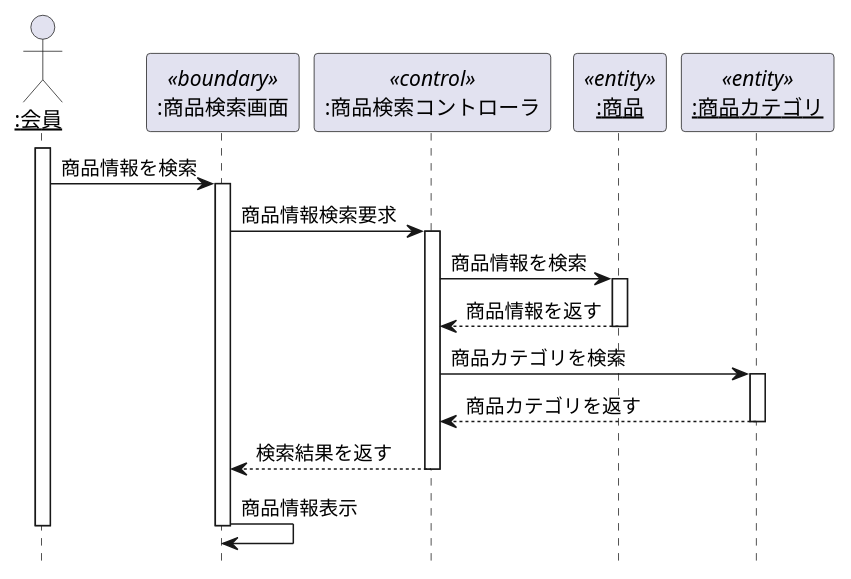
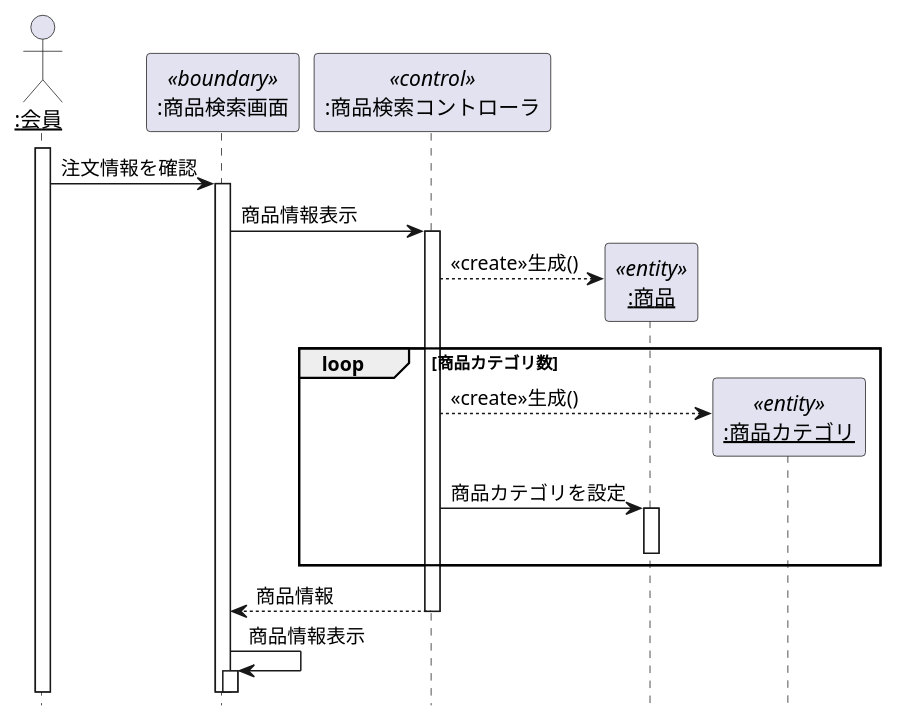
The diagram in 演習4-1/演習4-5_SD_商品情報検索.pu (hatafukuryouya/UML_introduction), drawn with PlantUML before and after one commit. The commit also changed other lines of this file, not shown here.

```diff
--- a/演習4-1/演習4-5_SD_商品情報検索.pu
+++ b/演習4-1/演習4-5_SD_商品情報検索.pu
@@ -1,27 +1,24 @@
 @startuml 商品検索
 hide footbox
 Actor "<u>:会員</u>" as me
 participant ":商品検索画面" as se <<boundary>>
 participant ":商品検索コントローラ" as co  <<control>>
-participant "<u>:商品</u>" as go <<entity>>
-participant "<u>:商品カテゴリ</u>" as ca <<entity>>
-
 activate me
-    me -> se: 商品情報を検索
+    me -> se:注文情報を確認
     activate se
-        se -> co: 商品情報検索要求
+        se -> co:商品情報表示
         activate co
-            co -> go: 商品情報を検索
+            create "<u>:商品</u>" as go <<entity>>
+            co --> go:<<create>>生成()
+            create "<u>:商品カテゴリ</u>" as ca <<entity>>
+            loop 商品カテゴリ数
+            co --> ca:<<create>>生成()
+            co -> go:商品カテゴリを設定
             activate go
-            go --> co: 商品情報を返す
             deactivate go
-            co -> ca: 商品カテゴリを検索
-            activate ca
-            ca --> co: 商品カテゴリを返す
-            deactivate ca
-            co --> se: 検索結果を返す
-        deactivate co
-        se -> se: 商品情報表示
-        deactivate se
-deactivate me
+            end
+            se <-- co:商品情報
+            deactivate co
+            se -> se:商品情報表示
+            activate se
 @enduml
```
